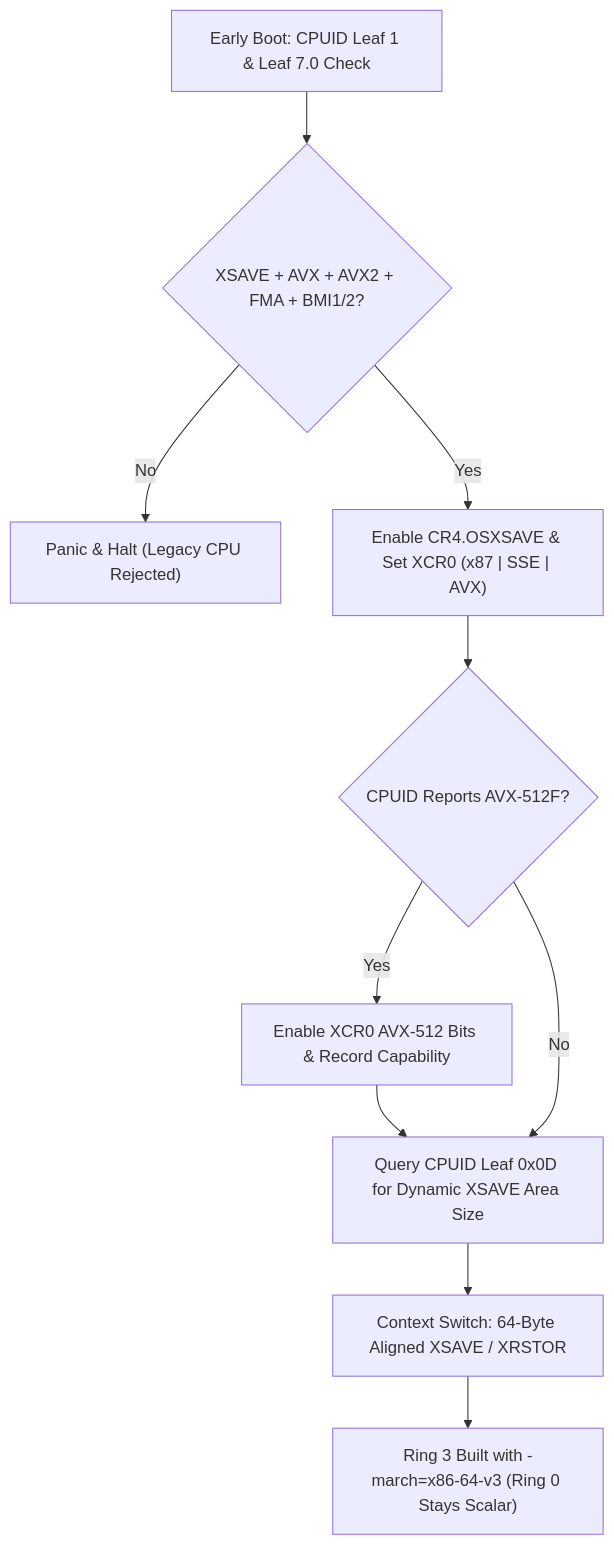
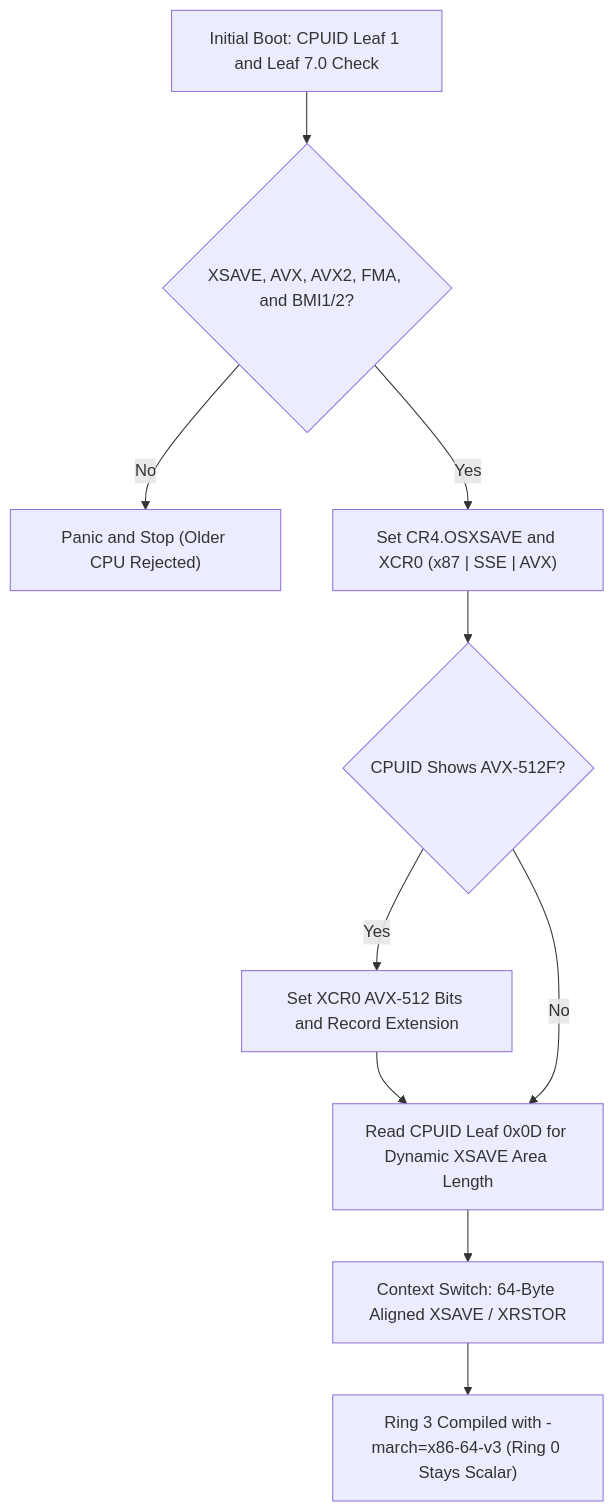
Before and after one commit to Deniz-Eren/microkernel: the diagram in docs/30-architecture/adr/ADR_0026.md, drawn with Mermaid. The commit also changed other lines of this file and 151 other files, not shown here.

````diff
--- a/docs/30-architecture/adr/ADR_0026.md
+++ b/docs/30-architecture/adr/ADR_0026.md
@@ -23,19 +23,19 @@
 ```mermaid
 flowchart TD
-    BOOT["Early Boot: CPUID Leaf 1 & Leaf 7.0 Check"]
-    CHK{"XSAVE + AVX + AVX2 + FMA + BMI1/2?"}
-    FAIL["Panic & Halt (Legacy CPU Rejected)"]
-    XCR["Enable CR4.OSXSAVE & Set XCR0 (x87 | SSE | AVX)"]
-    OPT{"CPUID Reports AVX-512F?"}
-    EN512["Enable XCR0 AVX-512 Bits & Record Capability"]
-    SZ["Query CPUID Leaf 0x0D for Dynamic XSAVE Area Size"]
+    BOOT["Initial Boot: CPUID Leaf 1 and Leaf 7.0 Check"]
+    CHK{"XSAVE, AVX, AVX2, FMA, and BMI1/2?"}
+    FAIL["Panic and Stop (Older CPU Rejected)"]
+    XCR["Set CR4.OSXSAVE and XCR0 (x87 | SSE | AVX)"]
+    OPT{"CPUID Shows AVX-512F?"}
+    EN512["Set XCR0 AVX-512 Bits and Record Extension"]
+    SZ["Read CPUID Leaf 0x0D for Dynamic XSAVE Area Length"]
     SW["Context Switch: 64-Byte Aligned XSAVE / XRSTOR"]
-    R3["Ring 3 Built with -march=x86-64-v3 (Ring 0 Stays Scalar)"]
+    R3["Ring 3 Compiled with -march=x86-64-v3 (Ring 0 Stays Scalar)"]
 
     BOOT --> CHK
     CHK -->|"No"| FAIL
     CHK -->|"Yes"| XCR --> OPT
     OPT -->|"Yes"| EN512 --> SZ
     OPT -->|"No"| SZ
     SZ --> SW --> R3
 ```
````
